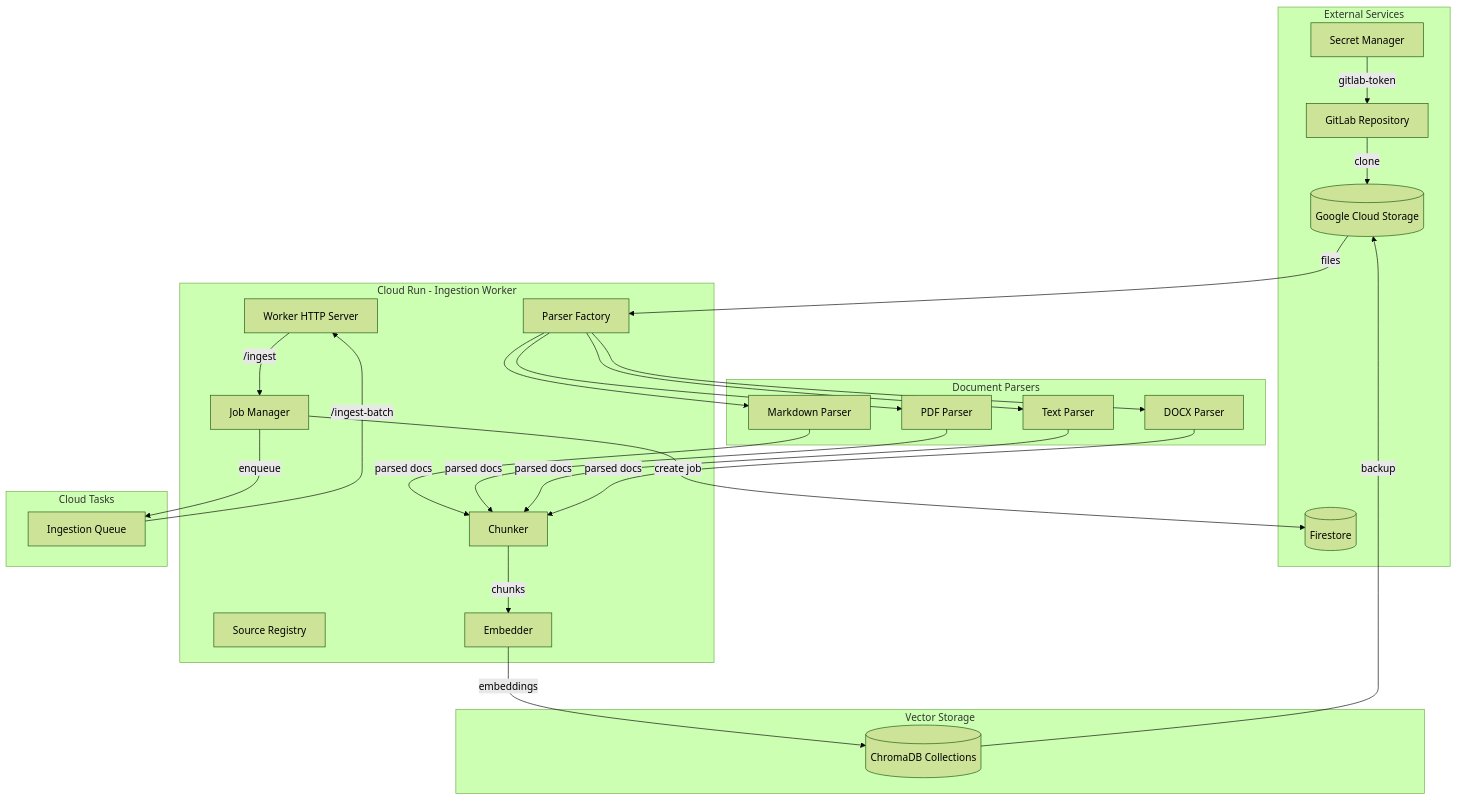
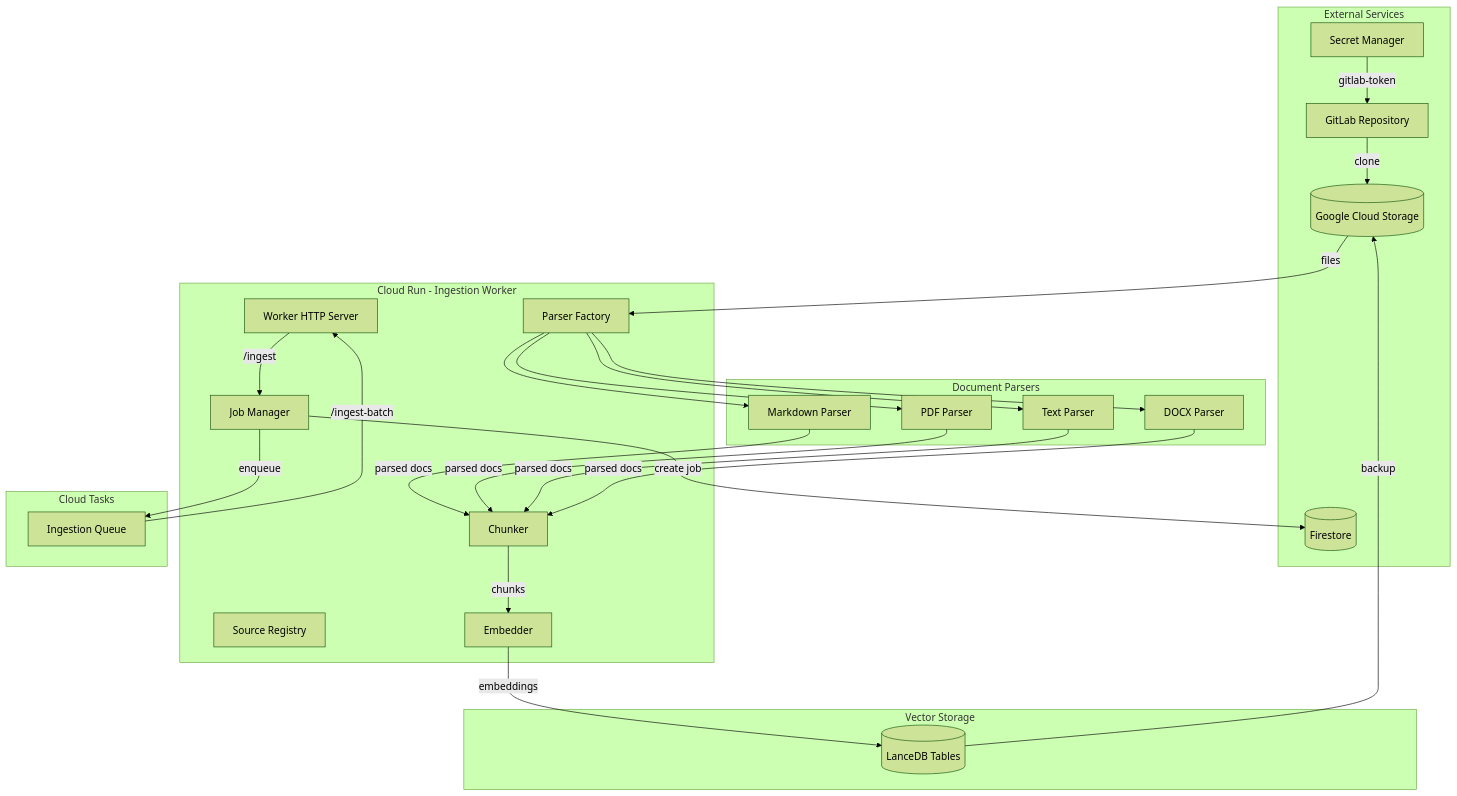
The first of 5 diagrams in docs/source/architecture/ingestion.md (TheWinterShadow/Thoth), drawn with Mermaid (forest theme) before and after one commit. The commit also changed other lines of this file and 38 other files, not shown here.

````diff
--- a/docs/source/architecture/ingestion.md
+++ b/docs/source/architecture/ingestion.md
@@ -17,47 +17,47 @@
 ```mermaid
 flowchart TB
     subgraph External["External Services"]
         GL[GitLab Repository]
         GCS[(Google Cloud Storage)]
         SM[Secret Manager]
         FS[(Firestore)]
     end
 
     subgraph CloudRun["Cloud Run - Ingestion Worker"]
         W[Worker HTTP Server]
         JM[Job Manager]
         SR[Source Registry]
         PF[Parser Factory]
         CH[Chunker]
         EM[Embedder]
     end
 
     subgraph Parsers["Document Parsers"]
         MP[Markdown Parser]
         PP[PDF Parser]
         TP[Text Parser]
         DP[DOCX Parser]
     end
 
     subgraph Tasks["Cloud Tasks"]
         Q[Ingestion Queue]
     end
 
     subgraph Storage["Vector Storage"]
-        VS[(ChromaDB Collections)]
+        VS[(LanceDB Tables)]
     end
 
     GL -->|clone| GCS
     SM -->|gitlab-token| GL
     GCS -->|files| PF
     PF --> MP & PP & TP & DP
     MP & PP & TP & DP -->|parsed docs| CH
     CH -->|chunks| EM
     EM -->|embeddings| VS
     VS -->|backup| GCS
 
     W -->|/ingest| JM
     JM -->|create job| FS
     JM -->|enqueue| Q
     Q -->|/ingest-batch| W
 ```
````
